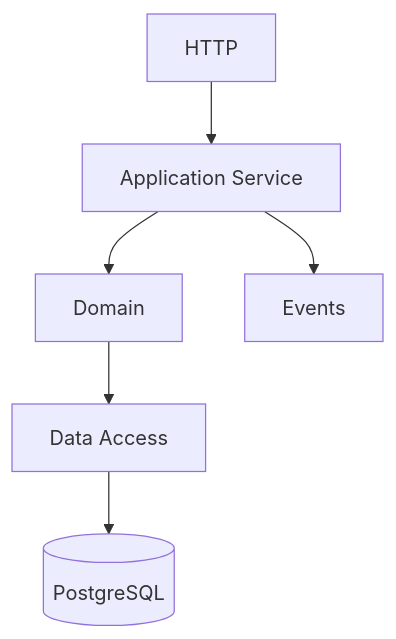
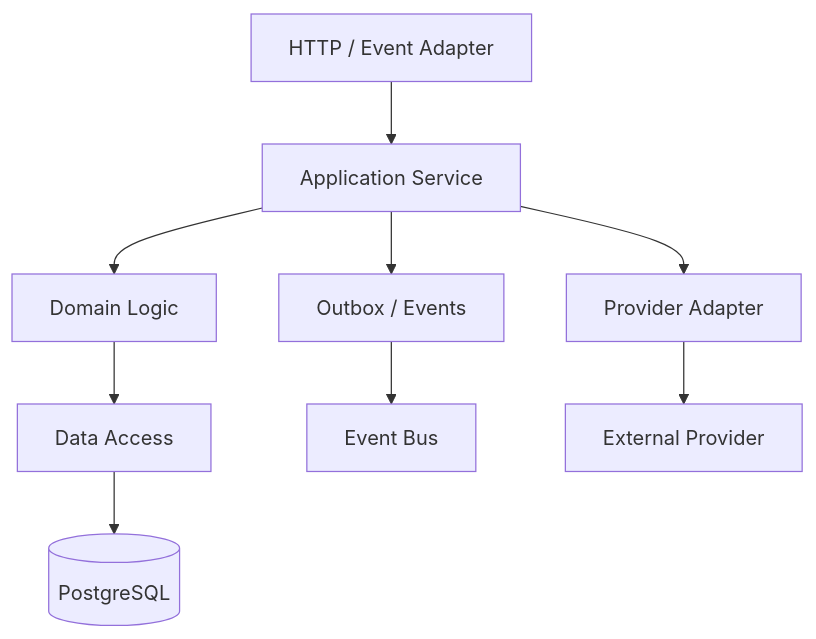
The diagram in docs/engineering/coding-standards.md (D-engahmed/OMILINKS), drawn with Mermaid before and after one commit. The commit also changed other lines of this file and 4 other files, not shown here.

````diff
--- a/docs/engineering/coding-standards.md
+++ b/docs/engineering/coding-standards.md
@@ -13,8 +9,11 @@
-```mermaid
+~~~mermaid
 flowchart TB
-HTTP[HTTP] --> APP[Application Service]
-APP --> DOMAIN[Domain]
+HTTP[HTTP / Event Adapter] --> APP[Application Service]
+APP --> DOMAIN[Domain Logic]
 DOMAIN --> DATA[Data Access]
-APP --> EVENTS[Events]
+APP --> EVENT[Outbox / Events]
 DATA --> PG[(PostgreSQL)]
-```
+EVENT --> BUS[Event Bus]
+APP --> EXT[Provider Adapter]
+EXT --> PROVIDER[External Provider]
+~~~
````
